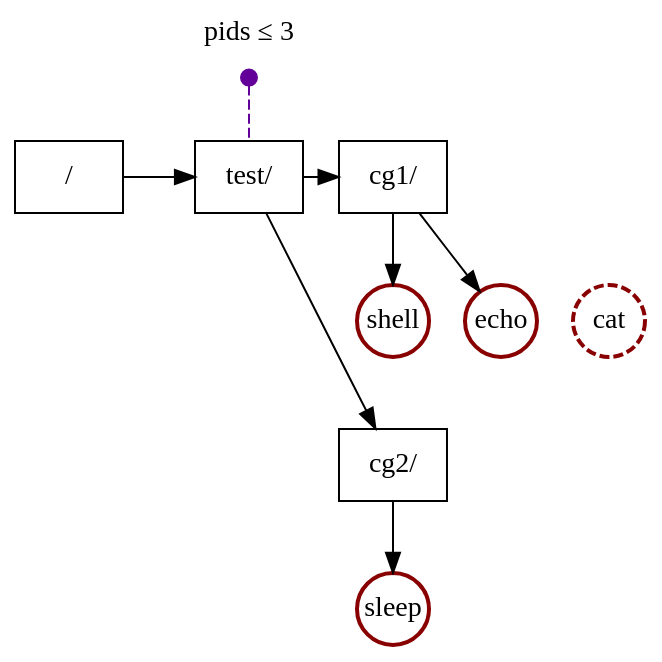
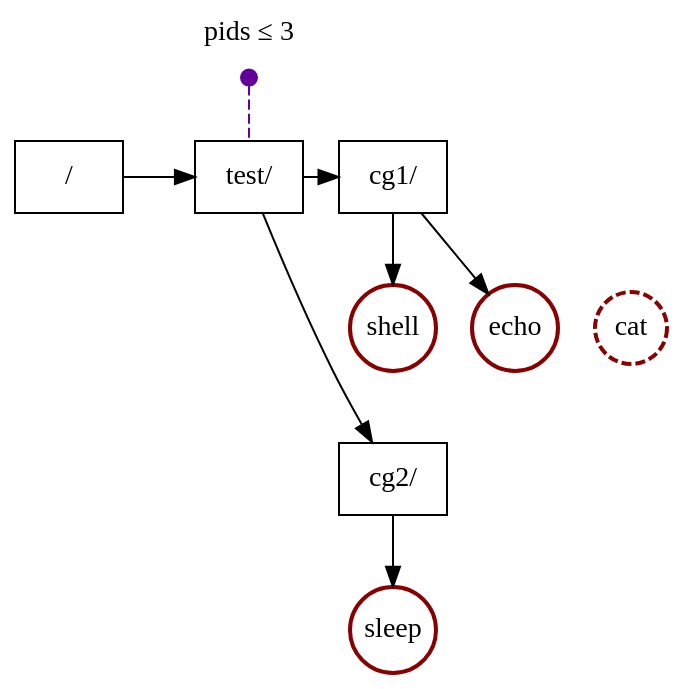
One commit to eldipa/book-of-gehn changed the fifth of 7 diagrams in posts/kernel/cgroups/2022-04-24-Linux-Control-Group-Resource-Distribution.md. Above: the diagram before and after it, drawn with Graphviz.

````diff
--- a/posts/kernel/cgroups/2022-04-24-Linux-Control-Group-Resource-Distribution.md
+++ b/posts/kernel/cgroups/2022-04-24-Linux-Control-Group-Resource-Distribution.md
@@ -338,50 +338,50 @@
 ```dot
 digraph CG  {
     bgcolor="transparent";
 
     // Controllers
     node [shape=none] {
         "pids" [label="pids ≤ 3"];
     }
 
     // Domains
     node [shape=box, color="#000000", style=solid] {
         "test" [label="test/"];
         "root" [label="/"];
         "cg1" [label="cg1/", group=lvl1];
         "cg2" [label="cg2/", group=lvl1];
     }
 
     // Processes
-    node [shape=circle,  color="#880000", style=bold, width=0.5, fixedsize=true] {
+    node [shape=circle,  color="#880000", style=bold, width=0.6, fixedsize=true] {
         "shell" [label="shell", group=lvl1];
         "echo" [label="echo"];
         "sleep" [label="sleep"];
     }
 
     // Failed processes
     node [shape=circle,  color="#880000", style="dashed,bold", width=0.5, fixedsize=true] {
         "cat" [label="cat"];
     }
 
     // Cgroups at top
     {rank=min; pids}
     {rank=same; root test cg1}
 
     {rank=max; sleep}
 
     pids -> test [style=dashed, arrowtail=dot, dir=back, color="#620099"];
 
     root -> test [minlen=2];
     test -> cg1;
     test -> cg2;
 
     cg1 -> shell;
     cg1 -> echo;
     cg1 -> cat [style=invis];
 
     shell -> cg2 [style=invis];
 
     cg2 -> sleep;
 }
 ```
````
